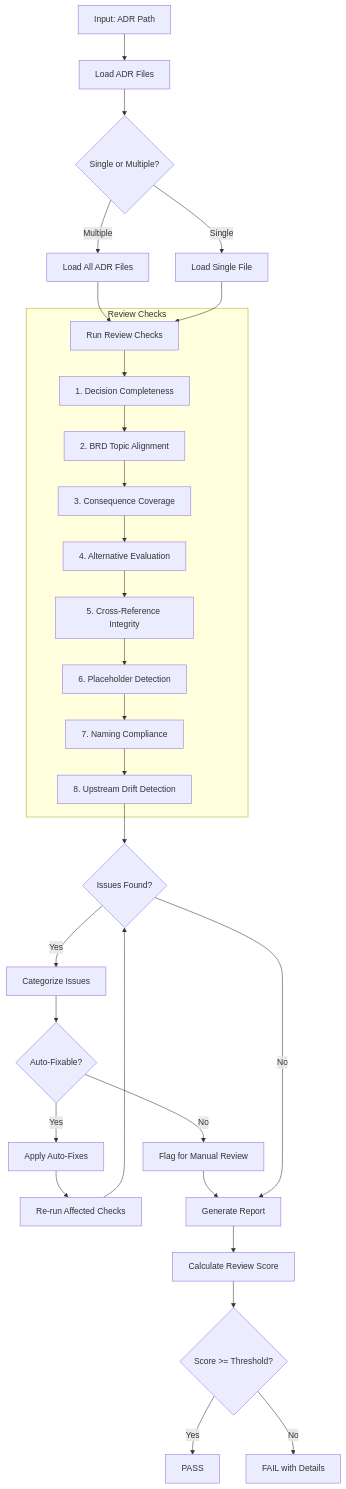
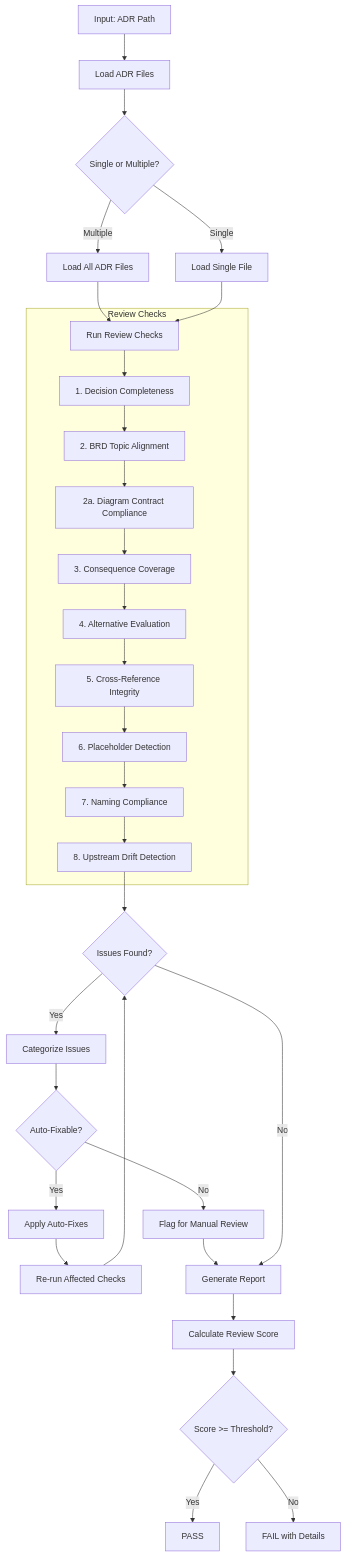
The first of 2 diagrams in .claude/skills/doc-adr-reviewer/SKILL.md (vladm3105/aidoc-flow-framework), drawn with Mermaid before and after one commit. The commit also changed other lines of this file and 118 other files, not shown here.

````diff
--- a/.claude/skills/doc-adr-reviewer/SKILL.md
+++ b/.claude/skills/doc-adr-reviewer/SKILL.md
@@ -69,36 +69,37 @@
 ```mermaid
 flowchart TD
     A[Input: ADR Path] --> B[Load ADR Files]
     B --> C{Single or Multiple?}
 
     C -->|Multiple| D[Load All ADR Files]
     C -->|Single| E[Load Single File]
 
     D --> F[Run Review Checks]
     E --> F
 
     subgraph Review["Review Checks"]
         F --> G[1. Decision Completeness]
         G --> H[2. BRD Topic Alignment]
-        H --> I[3. Consequence Coverage]
+      H --> H2[2a. Diagram Contract Compliance]
+      H2 --> I[3. Consequence Coverage]
         I --> J[4. Alternative Evaluation]
         J --> K[5. Cross-Reference Integrity]
         K --> L[6. Placeholder Detection]
         L --> M[7. Naming Compliance]
         M --> N2[8. Upstream Drift Detection]
     end
 
     N2 --> N{Issues Found?}
     N -->|Yes| O[Categorize Issues]
     O --> P{Auto-Fixable?}
     P -->|Yes| Q[Apply Auto-Fixes]
     Q --> R[Re-run Affected Checks]
     P -->|No| S[Flag for Manual Review]
     R --> N
     S --> T[Generate Report]
     N -->|No| T
     T --> U[Calculate Review Score]
     U --> V{Score >= Threshold?}
     V -->|Yes| W[PASS]
     V -->|No| X[FAIL with Details]
 ```
````
